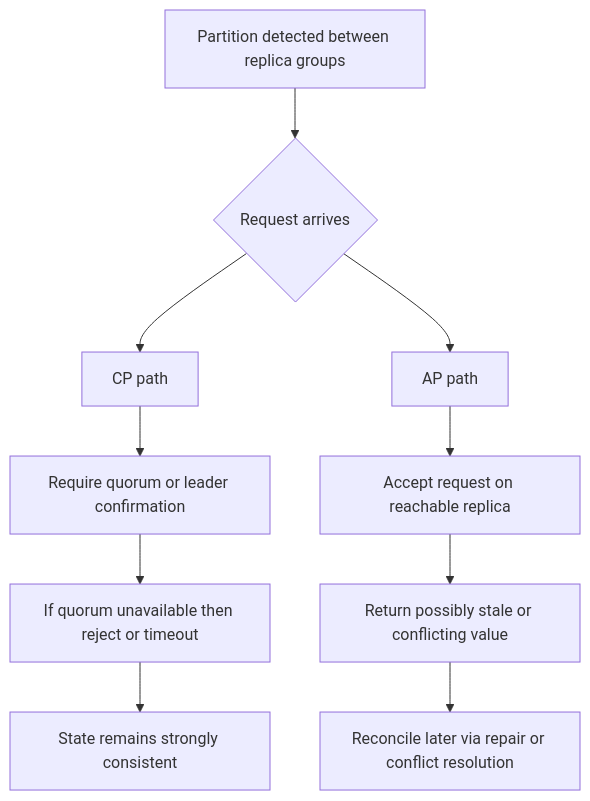
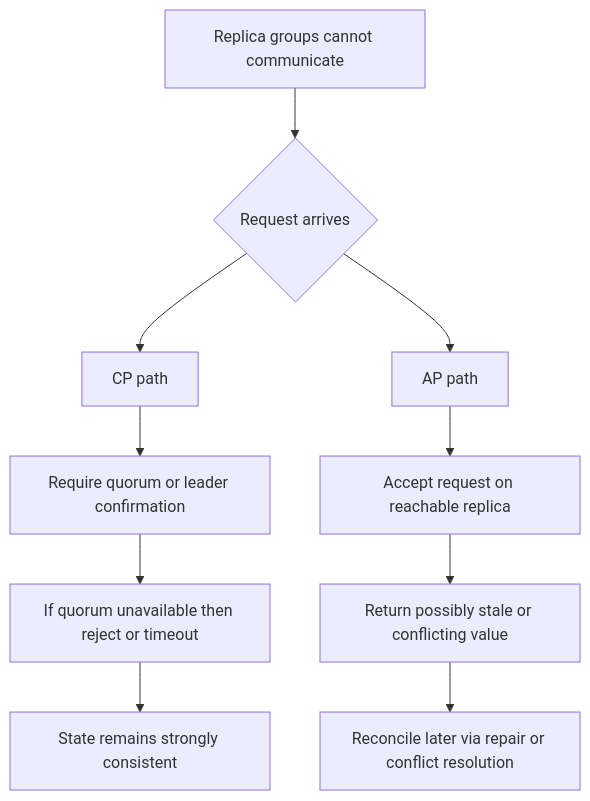
The diagram in Vault/Home/Software Architecture/Distributed Systems/CAP theorem.md (grafanaKibana/devbook.zip), drawn with Mermaid before and after one commit. The commit also changed other lines of this file and 81 other files, not shown here.

Commit message:
notes: Polished Software Architecture

````diff
--- a/Vault/Home/Software Architecture/Distributed Systems/CAP theorem.md
+++ b/Vault/Home/Software Architecture/Distributed Systems/CAP theorem.md
@@ -44,12 +46,12 @@
 ```mermaid
 flowchart TD
-    A[Partition detected between replica groups] --> B{Request arrives}
+    A[Replica groups cannot communicate] --> B{Request arrives}
     B --> C[CP path]
     B --> D[AP path]
     C --> E[Require quorum or leader confirmation]
     E --> F[If quorum unavailable then reject or timeout]
     F --> G[State remains strongly consistent]
     D --> H[Accept request on reachable replica]
     H --> I[Return possibly stale or conflicting value]
     I --> J[Reconcile later via repair or conflict resolution]
 ```
````
